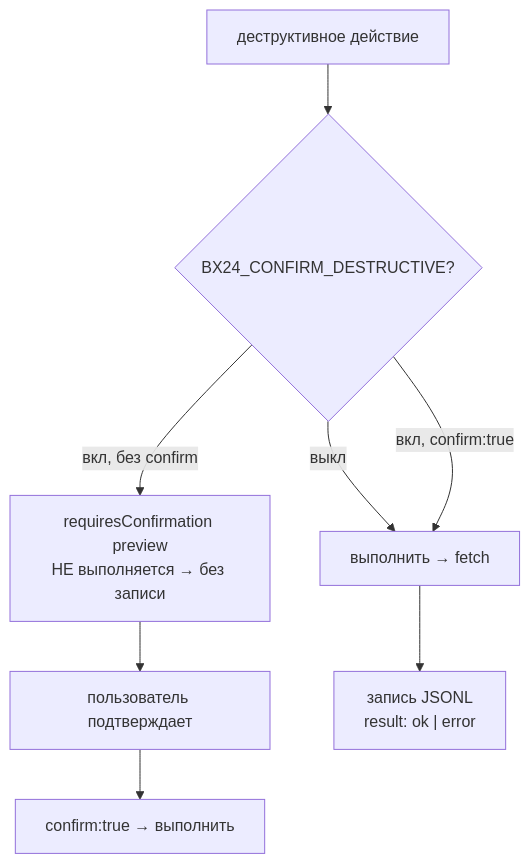
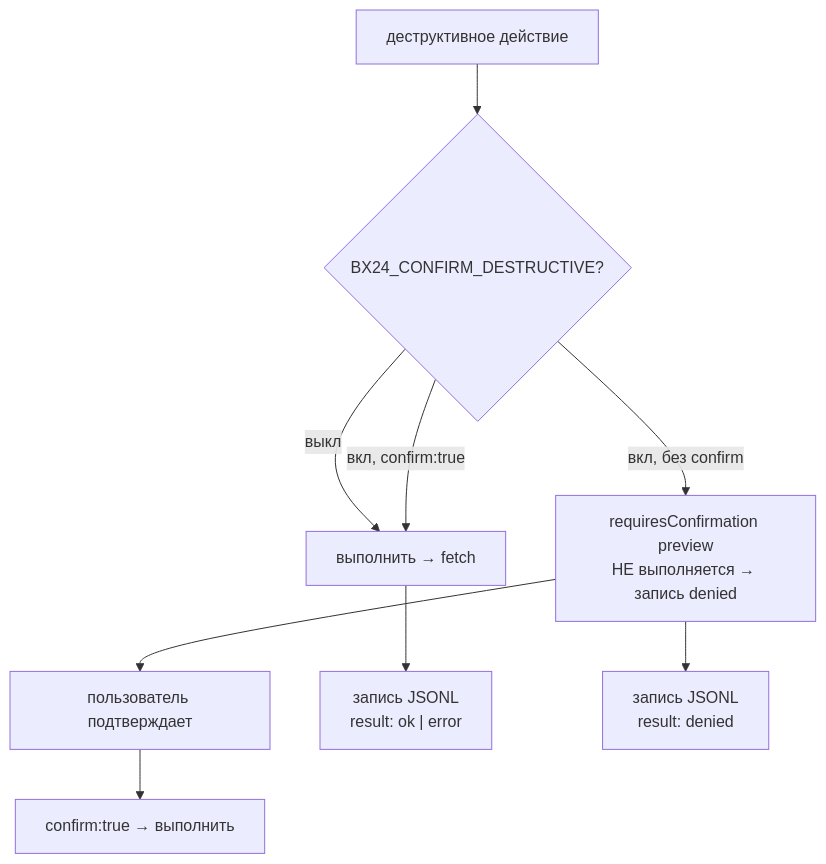
One commit to kostikpenzin/mcp_b24 changed the diagram in docs/ru/AUDIT_LOG.md. Above: the diagram before and after it, drawn with Mermaid. The commit also changed other lines of this file and 16 other files, not shown here.

````diff
--- a/docs/ru/AUDIT_LOG.md
+++ b/docs/ru/AUDIT_LOG.md
@@ -9,9 +9,10 @@
 ```mermaid
 flowchart TD
     A["деструктивное действие"] --> B{"BX24_CONFIRM_DESTRUCTIVE?"}
     B -->|выкл| E["выполнить → fetch"]
-    B -->|вкл, без confirm| P["requiresConfirmation preview<br/>НЕ выполняется → без записи"]
+    B -->|вкл, без confirm| P["requiresConfirmation preview<br/>НЕ выполняется → запись denied"]
     P --> U["пользователь подтверждает"] --> C["confirm:true → выполнить"]
     B -->|вкл, confirm:true| E
     E --> W["запись JSONL<br/>result: ok | error"]
+    P --> D["запись JSONL<br/>result: denied"]
 ```
````
